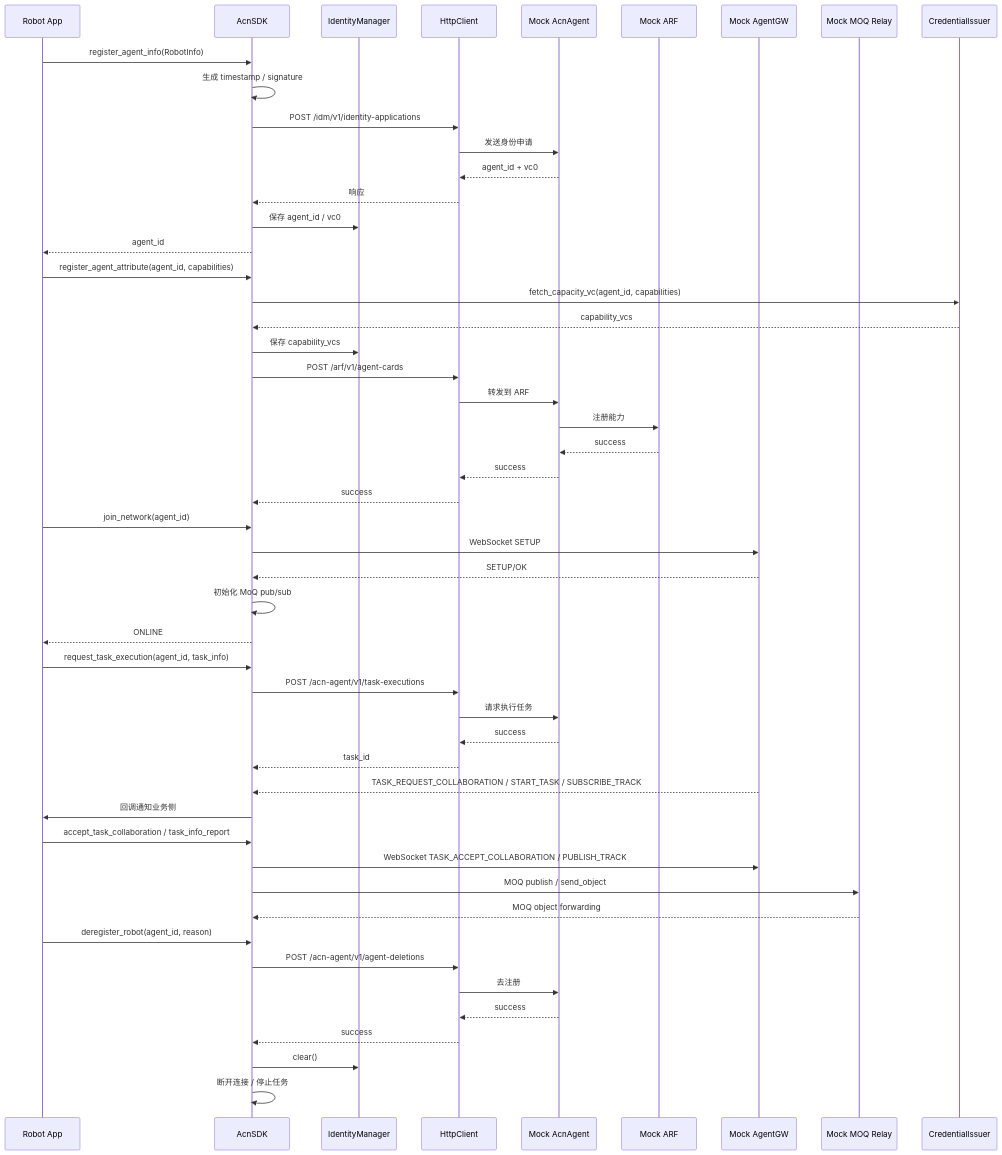
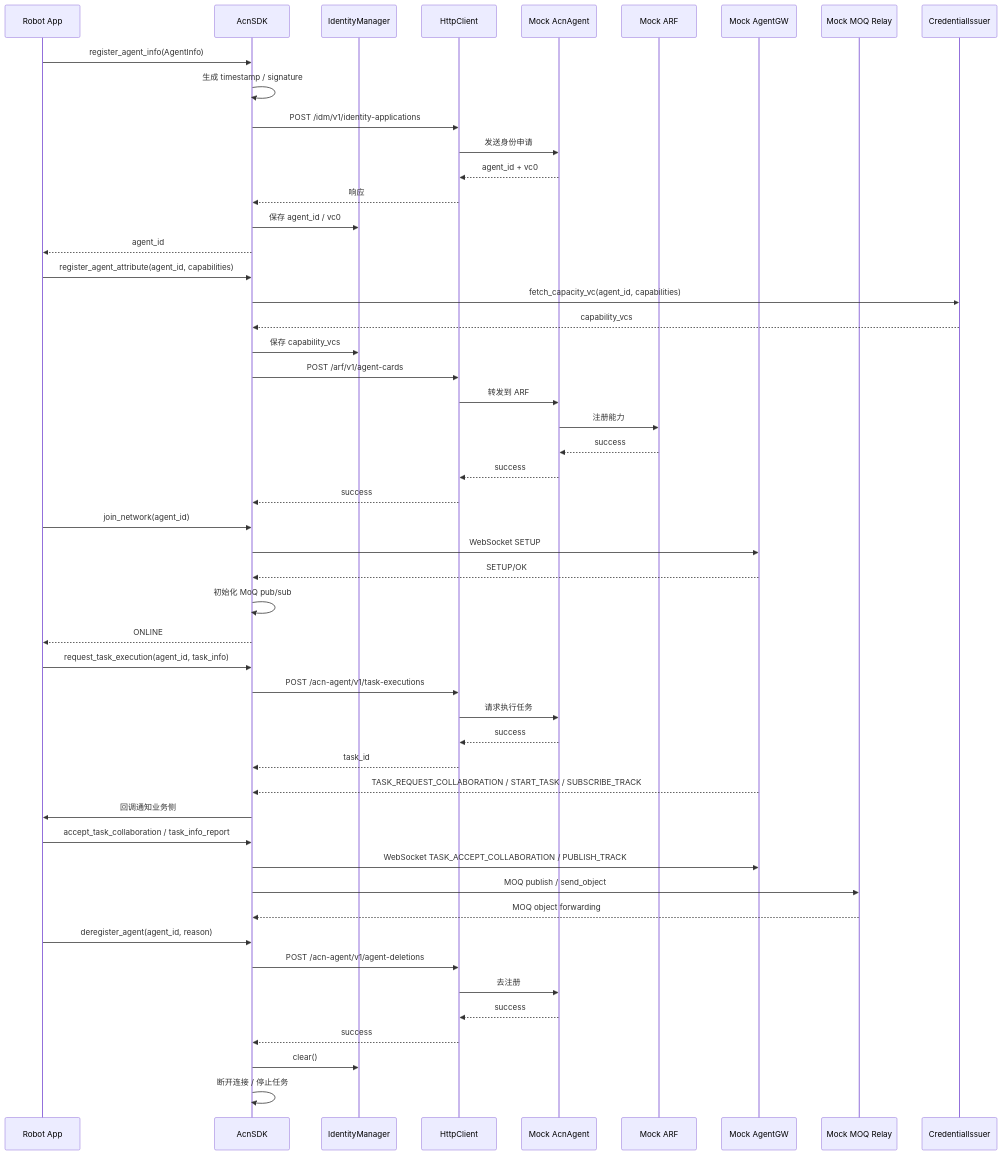
The first of 2 diagrams in docs/ARCHITECTURE.md (acore2026/acn_sdk), drawn with Mermaid before and after one commit. The commit also changed 19 other files, not shown here.

````diff
--- a/docs/ARCHITECTURE.md
+++ b/docs/ARCHITECTURE.md
@@ -38,59 +38,59 @@
 ```mermaid
 sequenceDiagram
     participant Robot as Robot App
     participant SDK as AcnSDK
     participant ID as IdentityManager
     participant HTTP as HttpClient
     participant Agent as Mock AcnAgent
     participant ARF as Mock ARF
     participant GW as Mock AgentGW
     participant Relay as Mock MOQ Relay
     participant Issuer as CredentialIssuer
 
-    Robot->>SDK: register_agent_info(RobotInfo)
+    Robot->>SDK: register_agent_info(AgentInfo)
     SDK->>SDK: 生成 timestamp / signature
     SDK->>HTTP: POST /idm/v1/identity-applications
     HTTP->>Agent: 发送身份申请
     Agent-->>HTTP: agent_id + vc0
     HTTP-->>SDK: 响应
     SDK->>ID: 保存 agent_id / vc0
     SDK-->>Robot: agent_id
 
     Robot->>SDK: register_agent_attribute(agent_id, capabilities)
     SDK->>Issuer: fetch_capacity_vc(agent_id, capabilities)
     Issuer-->>SDK: capability_vcs
     SDK->>ID: 保存 capability_vcs
     SDK->>HTTP: POST /arf/v1/agent-cards
     HTTP->>Agent: 转发到 ARF
     Agent->>ARF: 注册能力
     ARF-->>Agent: success
     Agent-->>HTTP: success
     HTTP-->>SDK: success
 
     Robot->>SDK: join_network(agent_id)
     SDK->>GW: WebSocket SETUP
     GW-->>SDK: SETUP/OK
     SDK->>SDK: 初始化 MoQ pub/sub
     SDK-->>Robot: ONLINE
 
     Robot->>SDK: request_task_execution(agent_id, task_info)
     SDK->>HTTP: POST /acn-agent/v1/task-executions
     HTTP->>Agent: 请求执行任务
     Agent-->>HTTP: success
     HTTP-->>SDK: task_id
 
     GW-->>SDK: TASK_REQUEST_COLLABORATION / START_TASK / SUBSCRIBE_TRACK
     SDK->>Robot: 回调通知业务侧
     Robot->>SDK: accept_task_collaboration / task_info_report
     SDK->>GW: WebSocket TASK_ACCEPT_COLLABORATION / PUBLISH_TRACK
     SDK->>Relay: MOQ publish / send_object
     Relay-->>SDK: MOQ object forwarding
 
-    Robot->>SDK: deregister_robot(agent_id, reason)
+    Robot->>SDK: deregister_agent(agent_id, reason)
     SDK->>HTTP: POST /acn-agent/v1/agent-deletions
     HTTP->>Agent: 去注册
     Agent-->>HTTP: success
     HTTP-->>SDK: success
     SDK->>ID: clear()
     SDK->>SDK: 断开连接 / 停止任务
 ```
````
